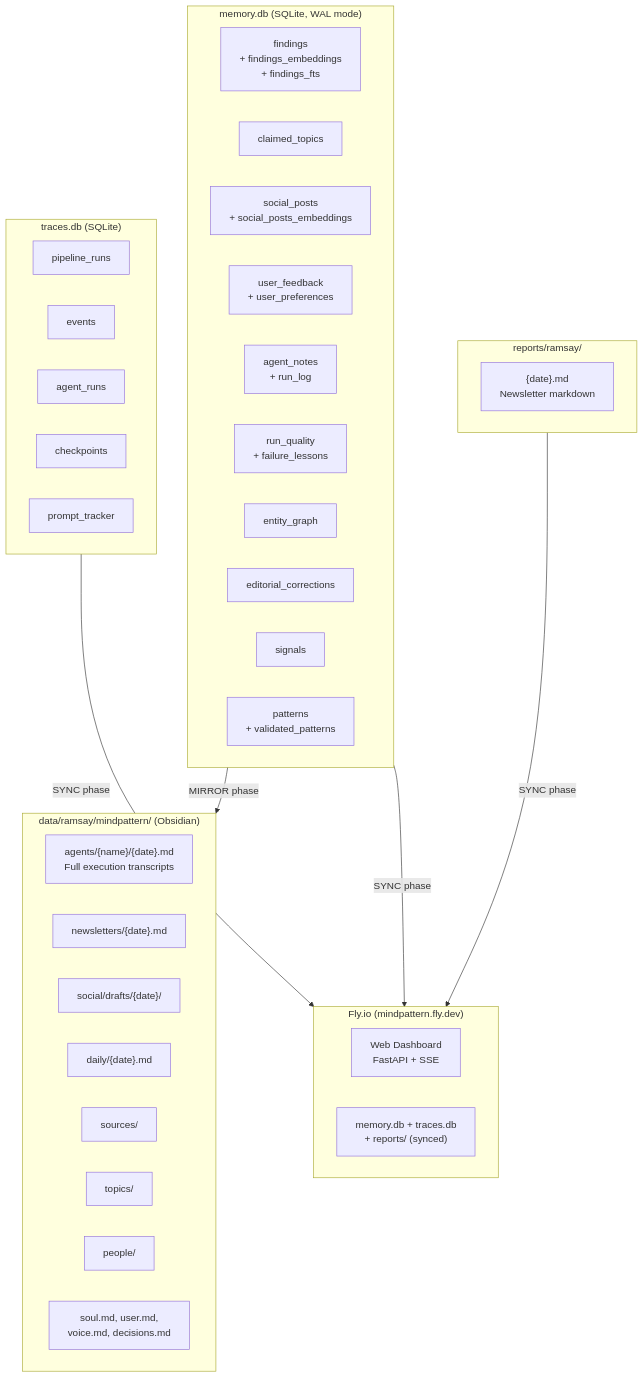
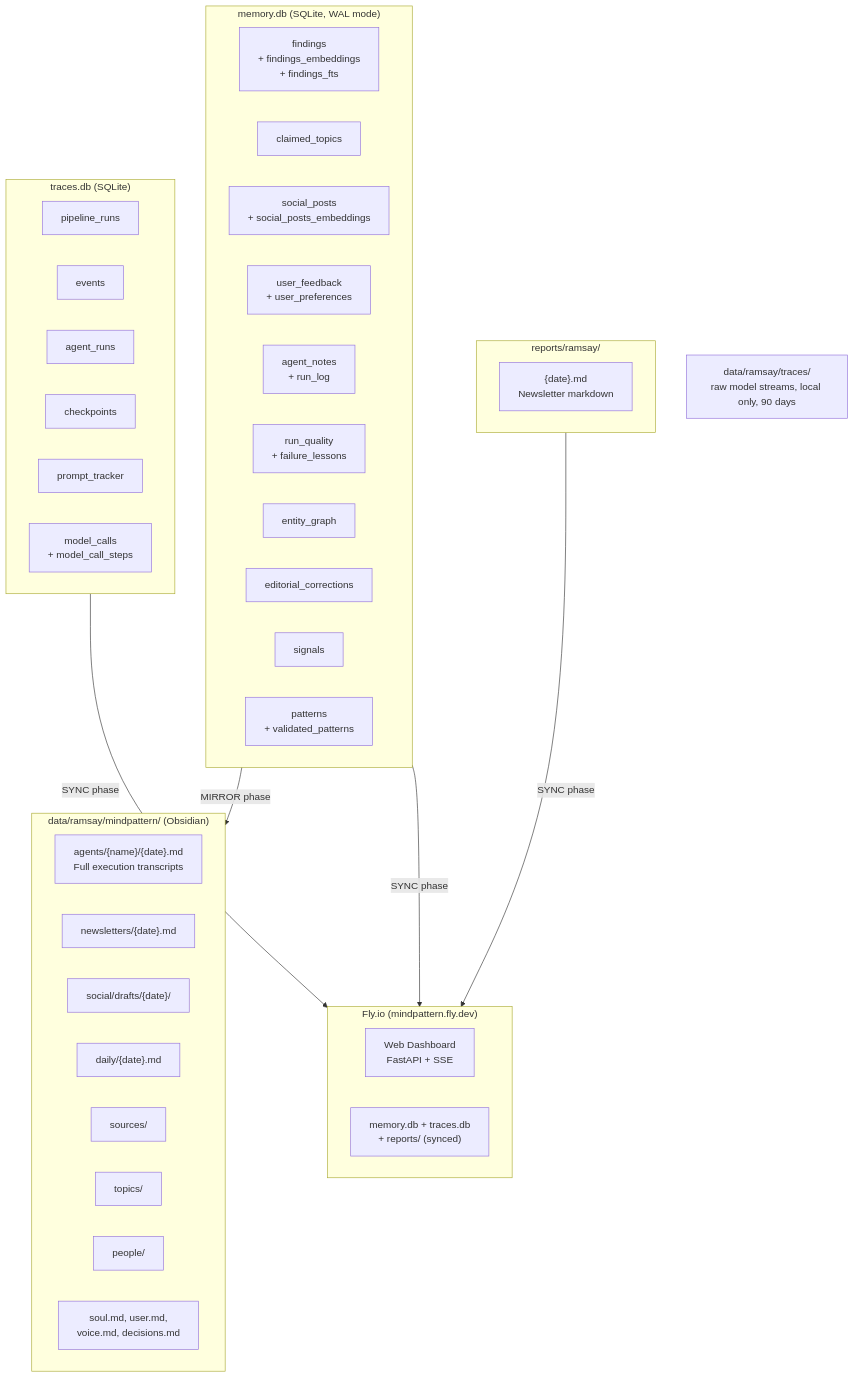
Before and after one commit to tayler-id/mindpattern-v3: the sixth of 8 diagrams in docs/ARCHITECTURE.md, drawn with Mermaid. The commit also changed other lines of this file and 21 other files, not shown here.

First line of the commit message:
docs: knowledge graph and architecture for the harness, mp, and CampaignOS

````diff
--- a/docs/ARCHITECTURE.md
+++ b/docs/ARCHITECTURE.md
@@ -200,46 +201,49 @@
 ```mermaid
 flowchart TD
     subgraph SQLITE["memory.db (SQLite, WAL mode)"]
         FINDINGS_T["findings<br/>+ findings_embeddings<br/>+ findings_fts"]
         CLAIMS_T["claimed_topics"]
         SOCIAL_T["social_posts<br/>+ social_posts_embeddings"]
         FEEDBACK_T["user_feedback<br/>+ user_preferences"]
         AGENT_T["agent_notes<br/>+ run_log"]
         QUALITY_T["run_quality<br/>+ failure_lessons"]
         GRAPH_T["entity_graph"]
         CORRECT_T["editorial_corrections"]
         SIGNALS_T["signals"]
         PATTERNS_T["patterns<br/>+ validated_patterns"]
     end
 
     subgraph TRACES["traces.db (SQLite)"]
         PIPELINE_RUNS["pipeline_runs"]
         EVENTS["events"]
         AGENT_RUNS["agent_runs"]
         CHECKPOINTS["checkpoints"]
         PROMPT_VERSIONS["prompt_tracker"]
+        MODEL_CALLS["model_calls<br/>+ model_call_steps"]
     end
+
+    RAW_TRACES["data/ramsay/traces/<br/>raw model streams, local only, 90 days"]
 
     subgraph VAULT_DATA["data/ramsay/mindpattern/ (Obsidian)"]
         AGENT_LOGS["agents/{name}/{date}.md<br/>Full execution transcripts"]
         NEWSLETTERS["newsletters/{date}.md"]
         SOCIAL_DRAFTS["social/drafts/{date}/"]
         DAILY["daily/{date}.md"]
         SOURCES_DIR["sources/"]
         TOPICS_DIR["topics/"]
         PEOPLE_DIR["people/"]
         IDENTITY["soul.md, user.md,<br/>voice.md, decisions.md"]
     end
 
     subgraph REPORTS["reports/ramsay/"]
         NEWSLETTER_MD["{date}.md<br/>Newsletter markdown"]
     end
 
     subgraph FLYIO["Fly.io (mindpattern.fly.dev)"]
         DASHBOARD["Web Dashboard<br/>FastAPI + SSE"]
         REMOTE_DB["memory.db + traces.db<br/>+ reports/ (synced)"]
     end
 
     SQLITE -->|"MIRROR phase"| VAULT_DATA
     SQLITE & TRACES & REPORTS -->|"SYNC phase"| FLYIO
 ```
````
